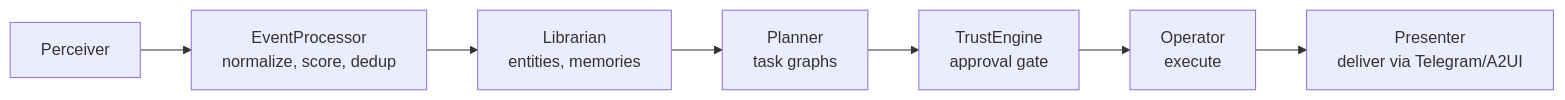
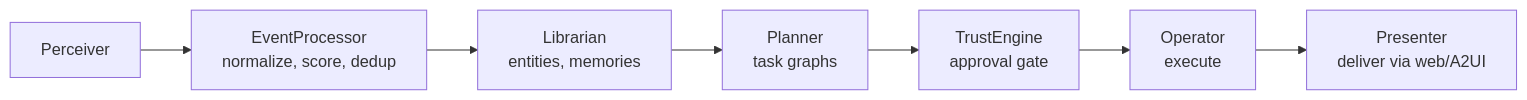
The second of 2 diagrams in docs/architecture/overview.md (shivadharmi/muldro), drawn with Mermaid before and after one commit. The commit also changed other lines of this file and 13 other files, not shown here.

````diff
--- a/docs/architecture/overview.md
+++ b/docs/architecture/overview.md
@@ -163,9 +161,9 @@
 ```mermaid
 graph LR
     A[Perceiver] --> B[EventProcessor<br/>normalize, score, dedup]
     B --> C[Librarian<br/>entities, memories]
     C --> D[Planner<br/>task graphs]
     D --> E[TrustEngine<br/>approval gate]
     E --> F[Operator<br/>execute]
-    F --> G[Presenter<br/>deliver via Telegram/A2UI]
+    F --> G[Presenter<br/>deliver via web/A2UI]
 ```
````
